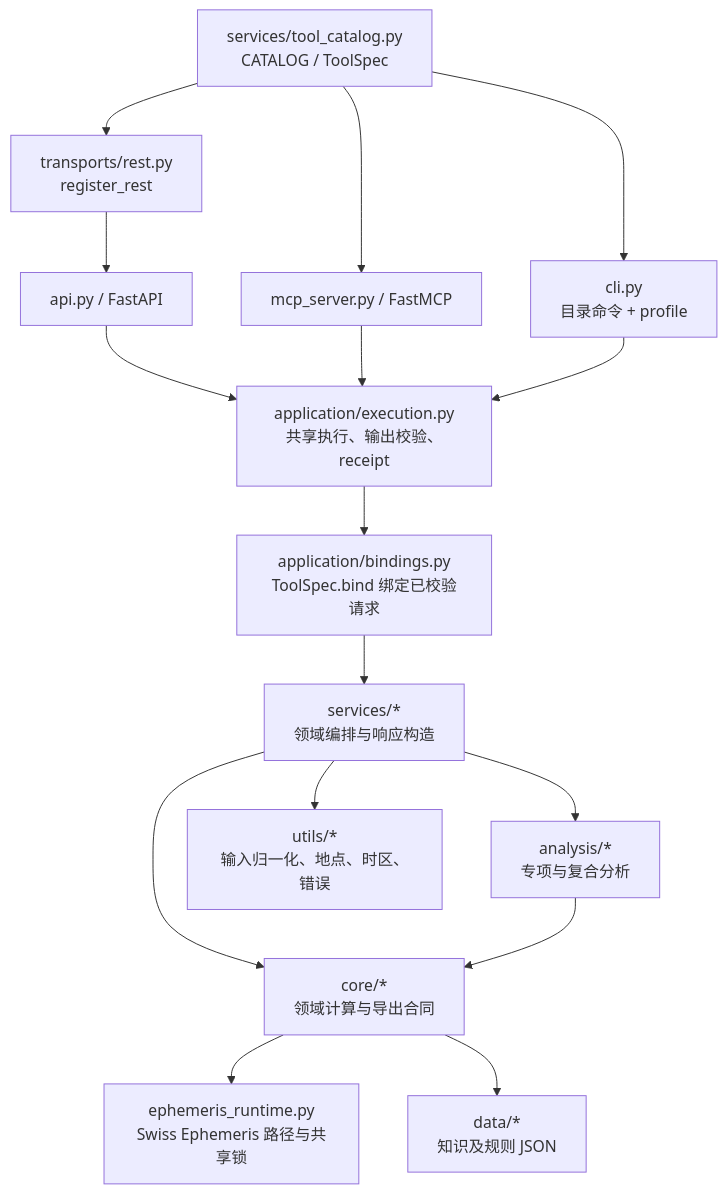
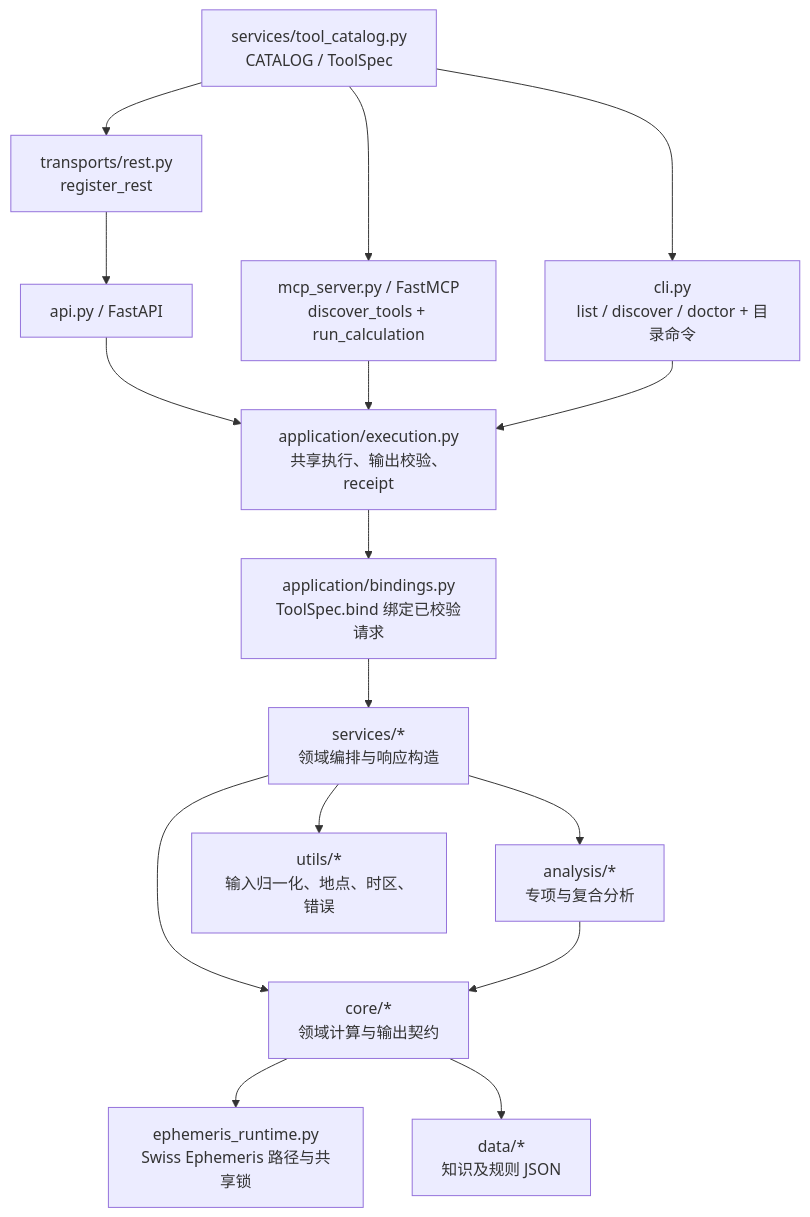
The first of 2 diagrams in docs/architecture.md (thomas-yanxin/FateBridge), drawn with Mermaid before and after one commit. The commit also changed other lines of this file and 473 other files, not shown here.

````diff
--- a/docs/architecture.md
+++ b/docs/architecture.md
@@ -9,18 +9,18 @@
 ```mermaid
 flowchart TD
     Catalog["services/tool_catalog.py<br/>CATALOG / ToolSpec"] --> Registrar["transports/rest.py<br/>register_rest"]
-    Catalog --> CLI["cli.py<br/>目录命令 + profile"]
+    Catalog --> CLI["cli.py<br/>list / discover / doctor + 目录命令"]
     Registrar --> REST["api.py / FastAPI"]
-    Catalog --> MCP["mcp_server.py / FastMCP"]
+    Catalog --> MCP["mcp_server.py / FastMCP<br/>discover_tools + run_calculation"]
     REST --> Execution["application/execution.py<br/>共享执行、输出校验、receipt"]
     MCP --> Execution
     CLI --> Execution
     Execution --> Bind["application/bindings.py<br/>ToolSpec.bind 绑定已校验请求"]
     Bind --> Services["services/*<br/>领域编排与响应构造"]
     Services --> Analysis["analysis/*<br/>专项与复合分析"]
-    Services --> Core["core/*<br/>领域计算与导出合同"]
+    Services --> Core["core/*<br/>领域计算与输出契约"]
     Services --> Utils["utils/*<br/>输入归一化、地点、时区、错误"]
     Core --> Ephe["ephemeris_runtime.py<br/>Swiss Ephemeris 路径与共享锁"]
     Core --> Data["data/*<br/>知识及规则 JSON"]
     Analysis --> Core
 ```
````
